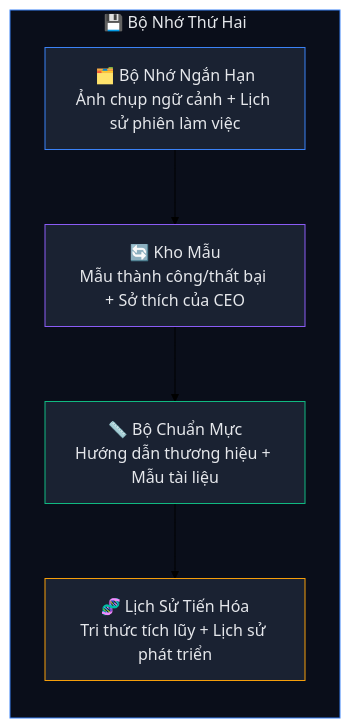
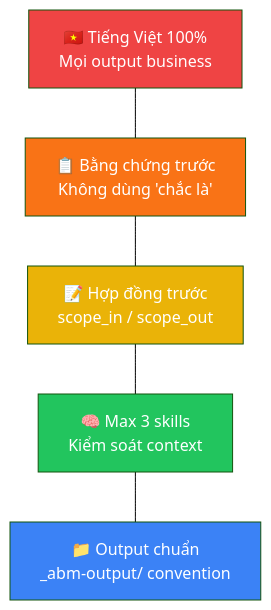
One commit to xaotiensinh-abm/abm-workforce changed the sixth of 6 diagrams in README.md. Above: the diagram before and after it, drawn with Mermaid (forest theme). The commit also changed other lines of this file and 555 other files, not shown here.

````diff
--- a/README.md
+++ b/README.md
@@ -351,18 +404,16 @@
 ```mermaid
 graph TB
-    subgraph SB["💾 Bộ Nhớ Thứ Hai"]
-        direction TB
-        L1["🗂️ Bộ Nhớ Ngắn Hạn<br/>Ảnh chụp ngữ cảnh + Lịch sử phiên làm việc"]
-        L2["🔄 Kho Mẫu<br/>Mẫu thành công/thất bại + Sở thích của CEO"]
-        L3["📏 Bộ Chuẩn Mực<br/>Hướng dẫn thương hiệu + Mẫu tài liệu"]
-        L4["🧬 Lịch Sử Tiến Hóa<br/>Tri thức tích lũy + Lịch sử phát triển"]
-    end
+    R1["🇻🇳 Tiếng Việt 100%<br/>Mọi output business"]
+    R2["📋 Bằng chứng trước<br/>Không dùng 'chắc là'"]
+    R3["📝 Hợp đồng trước<br/>scope_in / scope_out"]
+    R4["🧠 Max 3 skills<br/>Kiểm soát context"]
+    R5["📁 Output chuẩn<br/>_abm-output/ convention"]
 
-    L1 --> L2 --> L3 --> L4
+    R1 --- R2 --- R3 --- R4 --- R5
 
-    style SB fill:#0a0e1a,stroke:#3b82f6,color:#e5e7eb
-    style L1 fill:#1a2232,stroke:#3b82f6,color:#e5e7eb
-    style L2 fill:#1a2232,stroke:#8b5cf6,color:#e5e7eb
-    style L3 fill:#1a2232,stroke:#10b981,color:#e5e7eb
-    style L4 fill:#1a2232,stroke:#f59e0b,color:#e5e7eb
+    style R1 fill:#ef4444,color:#fff
+    style R2 fill:#f97316,color:#fff
+    style R3 fill:#eab308,color:#fff
+    style R4 fill:#22c55e,color:#fff
+    style R5 fill:#3b82f6,color:#fff
 ```
````
